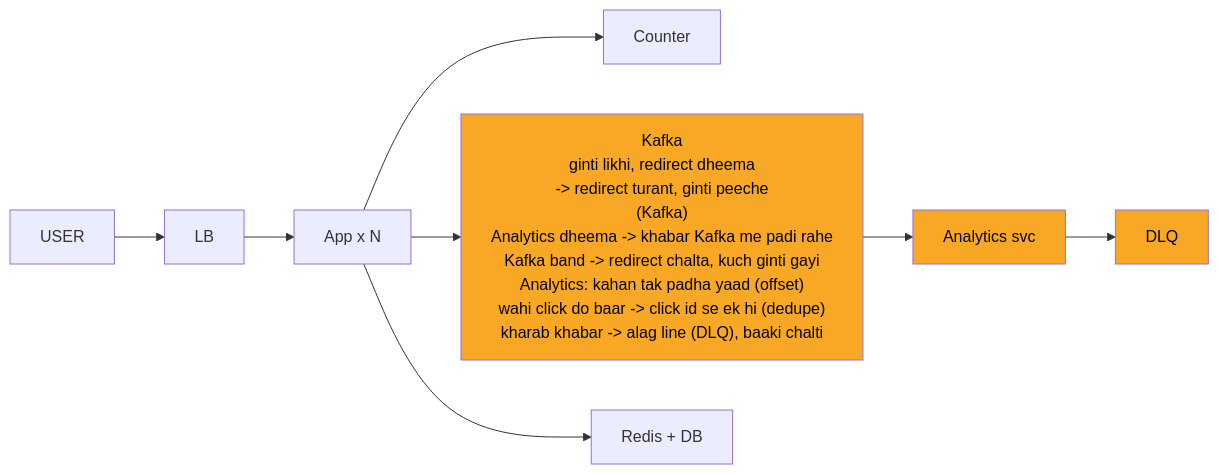
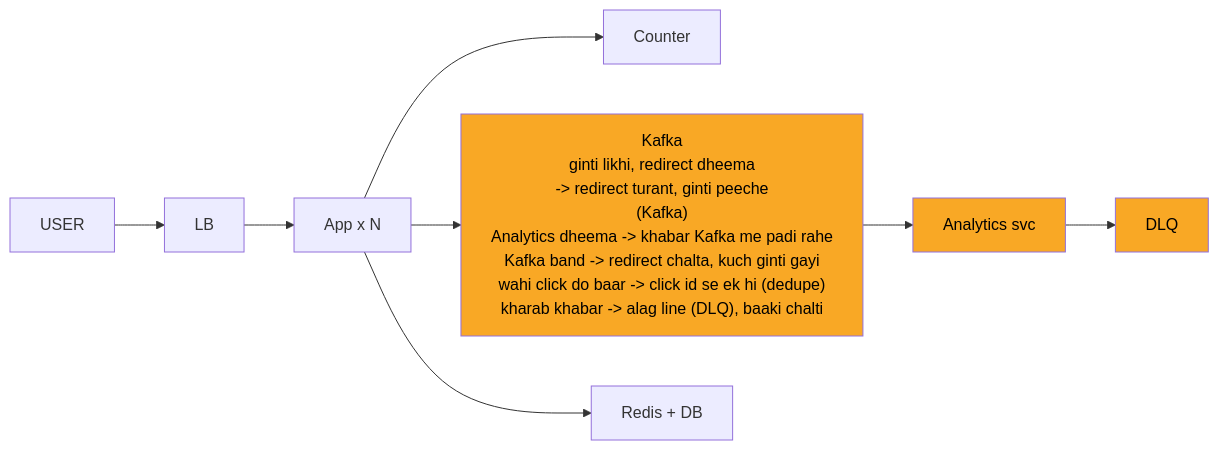
Before and after one commit to ArpanMaheshwari144/Prep: the fifth of 10 diagrams in 04_HLD/SYSTEM_DESIGNS/01_url_shortener/01_url_shortener.md, drawn with Mermaid. The commit also changed 7 other files, not shown here.

````diff
--- a/04_HLD/SYSTEM_DESIGNS/01_url_shortener/01_url_shortener.md
+++ b/04_HLD/SYSTEM_DESIGNS/01_url_shortener/01_url_shortener.md
@@ -228,22 +228,22 @@
 ```mermaid
 %%{init: {"flowchart": {"wrappingWidth": 450}}}%%
 flowchart LR
     n_USER["USER"]
     n_LB["LB"]
     n_App_xN["App x N"]
     n_Counter["Counter"]
-    n_Kafka["Kafka<br/>ginti likhi, redirect dheema<br/>-> redirect turant, ginti peeche<br/>(Kafka)<br/>Analytics dheema -> khabar Kafka me padi rahe<br/>Kafka band -> redirect chalta, kuch ginti gayi<br/>Analytics: kahan tak padha yaad (offset)<br/>wahi click do baar -> click id se ek hi (dedupe)<br/>kharab khabar -> alag line (DLQ), baaki chalti"]
+    n_Kafka["Kafka<br/>ginti likhi, redirect dheema<br/>-> redirect turant, ginti peeche<br/>(Kafka)<br/>Analytics dheema -> khabar Kafka me padi rahe<br/>Kafka band -> redirect chalta, kuch ginti gayi<br/>wahi click do baar -> click id se ek hi (dedupe)<br/>kharab khabar -> alag line (DLQ), baaki chalti"]
     n_Analytics_svc["Analytics svc"]
     n_DLQ["DLQ"]
     n_RD["Redis + DB"]
     n_USER --> n_LB
     n_LB --> n_App_xN
     n_App_xN --> n_Counter
     n_App_xN --> n_Kafka
     n_App_xN --> n_RD
     n_Kafka --> n_Analytics_svc
     n_Analytics_svc --> n_DLQ
     style n_Kafka fill:#f9a825,color:#000
     style n_Analytics_svc fill:#f9a825,color:#000
     style n_DLQ fill:#f9a825,color:#000
 ```
````
